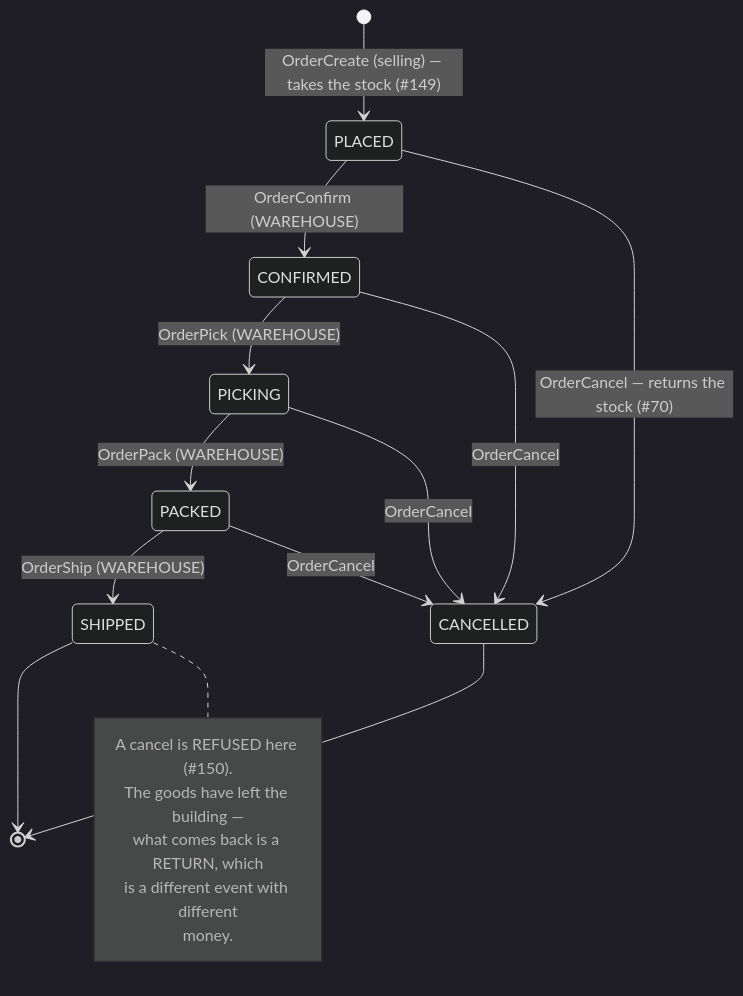
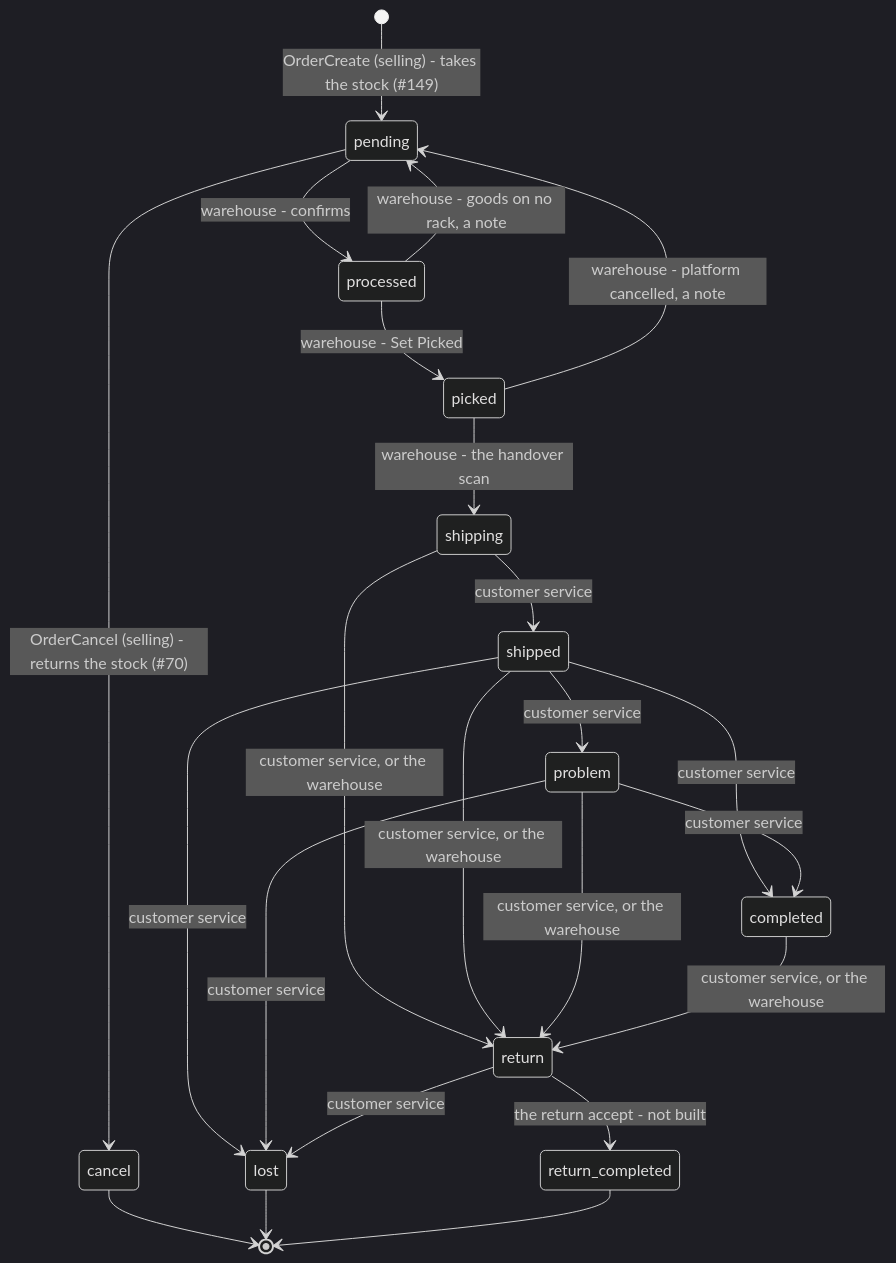
One commit to pdcgo/warehouse_revamp changed the first of 11 diagrams in docs/services/selling_service/rpc.md. Above: the diagram before and after it, drawn with Mermaid (dark theme). The commit also changed other lines of this file and 161 other files, not shown here.

First line of the commit message:
feat(order): eleven statuses, one batch status move, settlement from events, return warehouse

````diff
--- a/docs/services/selling_service/rpc.md
+++ b/docs/services/selling_service/rpc.md
@@ -14,23 +13,25 @@
 ```mermaid
 stateDiagram-v2
-    [*] --> PLACED: OrderCreate (selling) — takes the stock (#149)
-    PLACED --> CONFIRMED: OrderConfirm (WAREHOUSE)
-    CONFIRMED --> PICKING: OrderPick (WAREHOUSE)
-    PICKING --> PACKED: OrderPack (WAREHOUSE)
-    PACKED --> SHIPPED: OrderShip (WAREHOUSE)
-    SHIPPED --> [*]
-
-    PLACED --> CANCELLED: OrderCancel — returns the stock (#70)
-    CONFIRMED --> CANCELLED: OrderCancel
-    PICKING --> CANCELLED: OrderCancel
-    PACKED --> CANCELLED: OrderCancel
-    CANCELLED --> [*]
-
-    note right of SHIPPED
-        A cancel is REFUSED here (#150).
-        The goods have left the building —
-        what comes back is a RETURN, which
-        is a different event with different
-        money.
-    end note
+    [*] --> pending: OrderCreate (selling) - takes the stock (#149)
+    pending --> processed: warehouse - confirms
+    processed --> pending: warehouse - goods on no rack, a note
+    processed --> picked: warehouse - Set Picked
+    picked --> pending: warehouse - platform cancelled, a note
+    picked --> shipping: warehouse - the handover scan
+    shipping --> shipped: customer service
+    shipping --> return: customer service, or the warehouse
+    shipped --> completed: customer service
+    shipped --> problem: customer service
+    shipped --> lost: customer service
+    shipped --> return: customer service, or the warehouse
+    problem --> completed: customer service
+    problem --> lost: customer service
+    problem --> return: customer service, or the warehouse
+    completed --> return: customer service, or the warehouse
+    return --> return_completed: the return accept - not built
+    return --> lost: customer service
+    pending --> cancel: OrderCancel (selling) - returns the stock (#70)
+    cancel --> [*]
+    lost --> [*]
+    return_completed --> [*]
 ```
````
